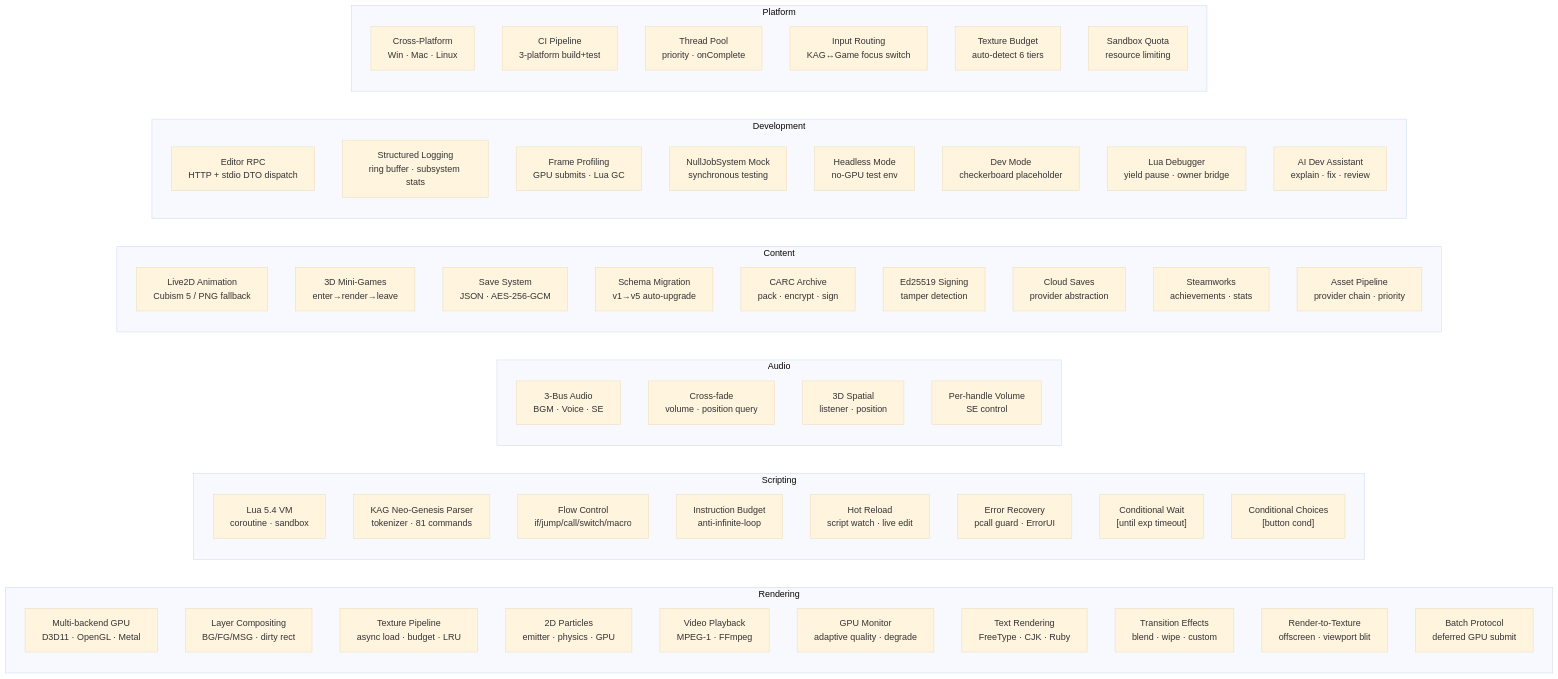
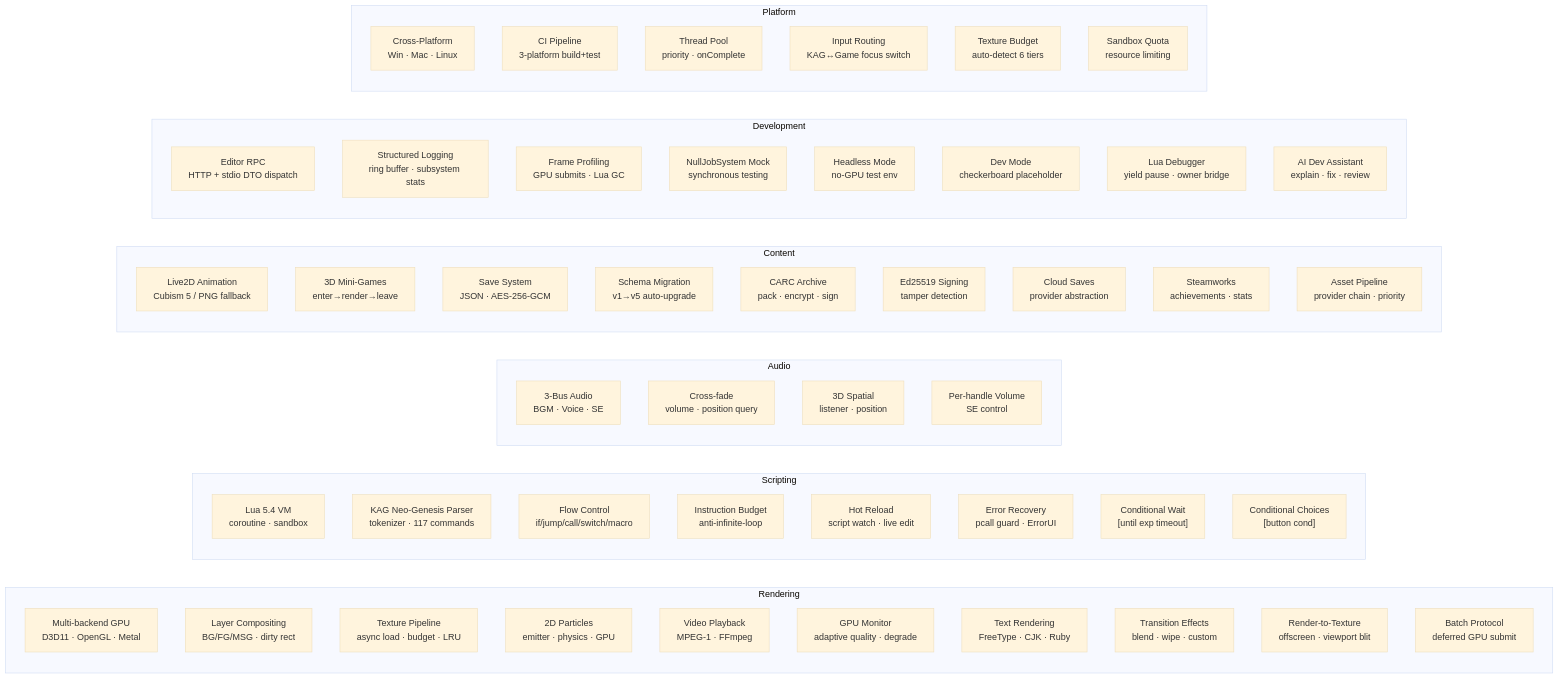
Before and after one commit to ailiasdesu/Caesura-AmeKAG: the diagram in docs/design/engine-capability-matrix.md, drawn with Mermaid (base theme). The commit also changed other lines of this file and 5 other files, not shown here.

````diff
--- a/docs/design/engine-capability-matrix.md
+++ b/docs/design/engine-capability-matrix.md
@@ -17,65 +17,65 @@
 ```mermaid
 graph LR
     subgraph "Rendering"
         r1["Multi-backend GPU<br/>D3D11 · OpenGL · Metal"]
         r2["Layer Compositing<br/>BG/FG/MSG · dirty rect"]
         r3["Texture Pipeline<br/>async load · budget · LRU"]
         r4["2D Particles<br/>emitter · physics · GPU"]
         r5["Video Playback<br/>MPEG-1 · FFmpeg"]
         r6["GPU Monitor<br/>adaptive quality · degrade"]
         r7["Text Rendering<br/>FreeType · CJK · Ruby"]
         r8["Transition Effects<br/>blend · wipe · custom"]
         r9["Render-to-Texture<br/>offscreen · viewport blit"]
         r10["Batch Protocol<br/>deferred GPU submit"]
     end
 
     subgraph "Scripting"
         s1["Lua 5.4 VM<br/>coroutine · sandbox"]
-        s2["KAG Neo-Genesis Parser<br/>tokenizer · 81 commands"]
+        s2["KAG Neo-Genesis Parser<br/>tokenizer · 117 commands"]
         s3["Flow Control<br/>if/jump/call/switch/macro"]
         s4["Instruction Budget<br/>anti-infinite-loop"]
         s5["Hot Reload<br/>script watch · live edit"]
         s6["Error Recovery<br/>pcall guard · ErrorUI"]
         s7["Conditional Wait<br/>[until exp timeout]"]
         s8["Conditional Choices<br/>[button cond]"]
     end
 
     subgraph "Audio"
         a1["3-Bus Audio<br/>BGM · Voice · SE"]
         a2["Cross-fade<br/>volume · position query"]
         a3["3D Spatial<br/>listener · position"]
         a4["Per-handle Volume<br/>SE control"]
     end
 
     subgraph "Content"
         c1["Live2D Animation<br/>Cubism 5 / PNG fallback"]
         c2["3D Mini-Games<br/>enter→render→leave"]
         c3["Save System<br/>JSON · AES-256-GCM"]
         c4["Schema Migration<br/>v1→v5 auto-upgrade"]
         c5["CARC Archive<br/>pack · encrypt · sign"]
         c6["Ed25519 Signing<br/>tamper detection"]
         c7["Cloud Saves<br/>provider abstraction"]
         c8["Steamworks<br/>achievements · stats"]
         c9["Asset Pipeline<br/>provider chain · priority"]
     end
 
     subgraph "Development"
         d1["Editor RPC<br/>HTTP + stdio DTO dispatch"]
         d2["Structured Logging<br/>ring buffer · subsystem stats"]
         d3["Frame Profiling<br/>GPU submits · Lua GC"]
         d4["NullJobSystem Mock<br/>synchronous testing"]
         d5["Headless Mode<br/>no-GPU test env"]
         d6["Dev Mode<br/>checkerboard placeholder"]
         d7["Lua Debugger<br/>yield pause · owner bridge"]
         d8["AI Dev Assistant<br/>explain · fix · review"]
     end
 
     subgraph "Platform"
         p1["Cross-Platform<br/>Win · Mac · Linux"]
         p2["CI Pipeline<br/>3-platform build+test"]
         p3["Thread Pool<br/>priority · onComplete"]
         p4["Input Routing<br/>KAG↔Game focus switch"]
         p5["Texture Budget<br/>auto-detect 6 tiers"]
         p6["Sandbox Quota<br/>resource limiting"]
     end
 ```
````
